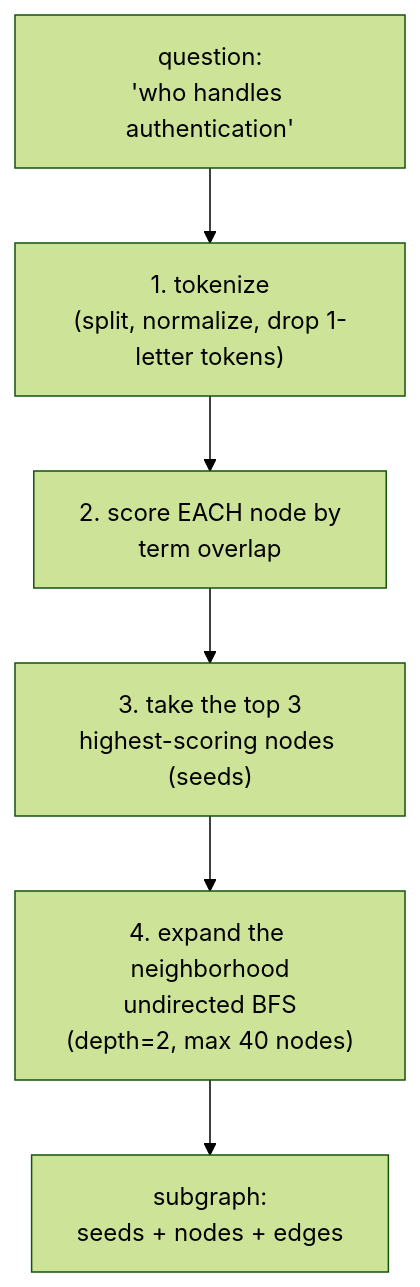
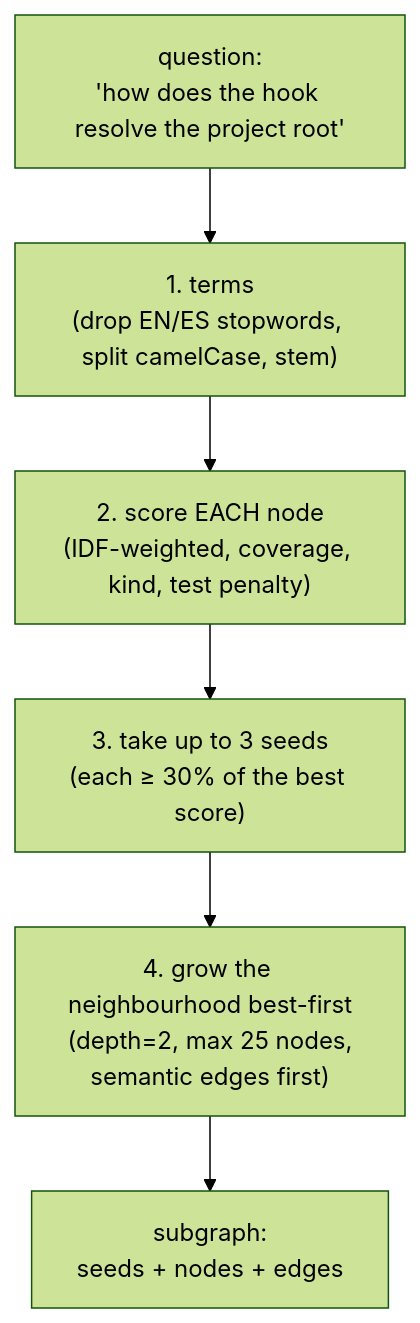
Before and after one commit to Kolimar/leina: the first of 5 diagrams in docs/concepts/03-busqueda-y-consultas.md, drawn with Mermaid (forest theme). The commit also changed other lines of this file and 13 other files, not shown here.

````diff
--- a/docs/concepts/03-busqueda-y-consultas.md
+++ b/docs/concepts/03-busqueda-y-consultas.md
@@ -18,8 +18,8 @@
 ```mermaid
 flowchart TD
-    q["question:<br/>'who handles authentication'"] --> tok["1. tokenize<br/>(split, normalize, drop 1-letter tokens)"]
-    tok --> score["2. score EACH node by<br/>term overlap"]
-    score --> seeds["3. take the top 3<br/>highest-scoring nodes (seeds)"]
-    seeds --> expand["4. expand the neighborhood<br/>undirected BFS<br/>(depth=2, max 40 nodes)"]
+    q["question:<br/>'how does the hook resolve the project root'"] --> tok["1. terms<br/>(drop EN/ES stopwords, split camelCase, stem)"]
+    tok --> score["2. score EACH node<br/>(IDF-weighted, coverage, kind, test penalty)"]
+    score --> seeds["3. take up to 3 seeds<br/>(each ≥ 30% of the best score)"]
+    seeds --> expand["4. grow the neighbourhood best-first<br/>(depth=2, max 25 nodes,<br/>semantic edges first)"]
     expand --> sub["subgraph:<br/>seeds + nodes + edges"]
 ```
````
